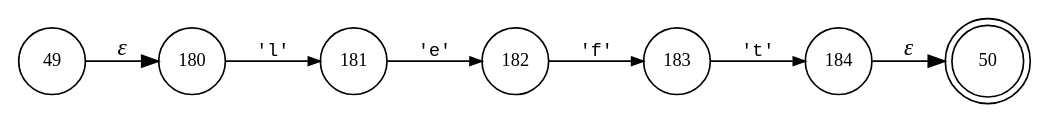
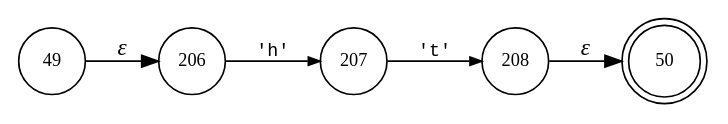
Before and after one commit to Shinigami072/Compilers-LogoInterpreter: the diagram in interpreter/logo/logoLexer.T__24.dot, drawn with Graphviz. The commit also changed 78 other files, not shown here.

```diff
--- a/interpreter/logo/logoLexer.T__24.dot
+++ b/interpreter/logo/logoLexer.T__24.dot
@@ -1,16 +1,12 @@
 digraph ATN {
 rankdir=LR;
 s50[fontsize=11, label="50", shape=doublecircle, fixedsize=true, width=.6];
+s208[fontsize=11,label="208", shape=circle, fixedsize=true, width=.55, peripheries=1];
 s49[fontsize=11,label="49", shape=circle, fixedsize=true, width=.55, peripheries=1];
-s180[fontsize=11,label="180", shape=circle, fixedsize=true, width=.55, peripheries=1];
-s181[fontsize=11,label="181", shape=circle, fixedsize=true, width=.55, peripheries=1];
-s182[fontsize=11,label="182", shape=circle, fixedsize=true, width=.55, peripheries=1];
-s183[fontsize=11,label="183", shape=circle, fixedsize=true, width=.55, peripheries=1];
-s184[fontsize=11,label="184", shape=circle, fixedsize=true, width=.55, peripheries=1];
-s49 -> s180 [fontname="Times-Italic", label="&epsilon;"];
-s180 -> s181 [fontsize=11, fontname="Courier", arrowsize=.7, label = "'l'", arrowhead = normal];
-s181 -> s182 [fontsize=11, fontname="Courier", arrowsize=.7, label = "'e'", arrowhead = normal];
-s182 -> s183 [fontsize=11, fontname="Courier", arrowsize=.7, label = "'f'", arrowhead = normal];
-s183 -> s184 [fontsize=11, fontname="Courier", arrowsize=.7, label = "'t'", arrowhead = normal];
-s184 -> s50 [fontname="Times-Italic", label="&epsilon;"];
+s206[fontsize=11,label="206", shape=circle, fixedsize=true, width=.55, peripheries=1];
+s207[fontsize=11,label="207", shape=circle, fixedsize=true, width=.55, peripheries=1];
+s49 -> s206 [fontname="Times-Italic", label="&epsilon;"];
+s206 -> s207 [fontsize=11, fontname="Courier", arrowsize=.7, label = "'h'", arrowhead = normal];
+s207 -> s208 [fontsize=11, fontname="Courier", arrowsize=.7, label = "'t'", arrowhead = normal];
+s208 -> s50 [fontname="Times-Italic", label="&epsilon;"];
 }
```
